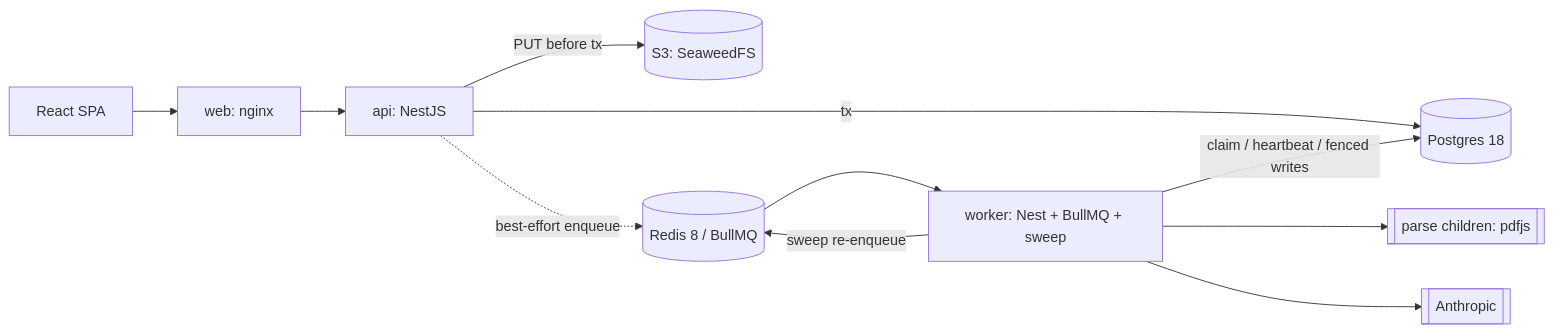
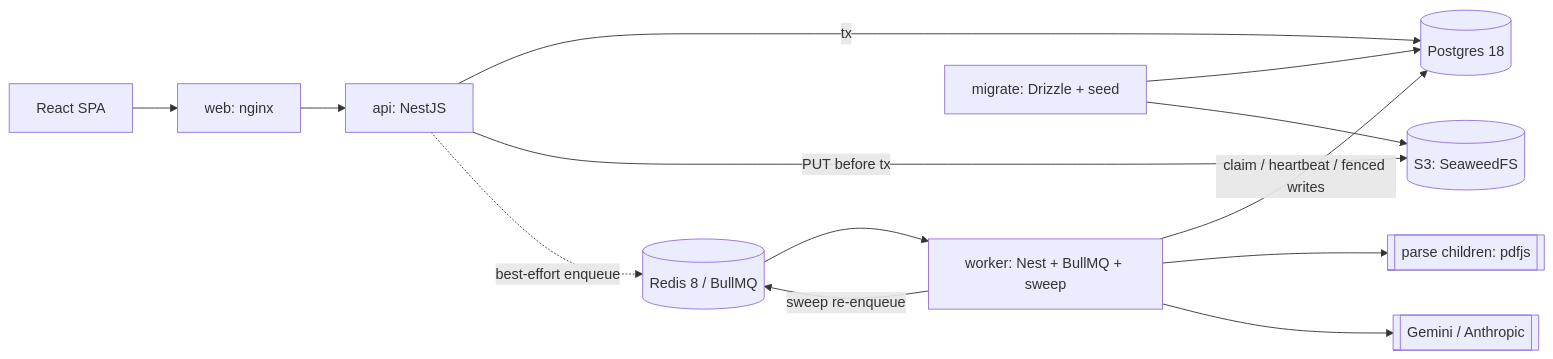
One commit to maruf03/take-home-assignment changed the diagram in docs/explanation/architecture.md. Above: the diagram before and after it, drawn with Mermaid. The commit also changed other lines of this file and 22 other files, not shown here.

````diff
--- a/docs/explanation/architecture.md
+++ b/docs/explanation/architecture.md
@@ -6,13 +6,15 @@
 ```mermaid
 flowchart LR
   UI[React SPA] --> NGINX[web: nginx]
   NGINX --> API[api: NestJS]
   API -- tx --> PG[(Postgres 18)]
   API -- PUT before tx --> S3[(S3: SeaweedFS)]
   API -. best-effort enqueue .-> R[(Redis 8 / BullMQ)]
   R --> W[worker: Nest + BullMQ + sweep]
   W -- claim / heartbeat / fenced writes --> PG
   W -- sweep re-enqueue --> R
   W --> P[[parse children: pdfjs]]
-  W --> LLM[[Anthropic]]
+  W --> LLM[[Gemini / Anthropic]]
+  M[migrate: Drizzle + seed] --> PG
+  M --> S3
 ```
````
